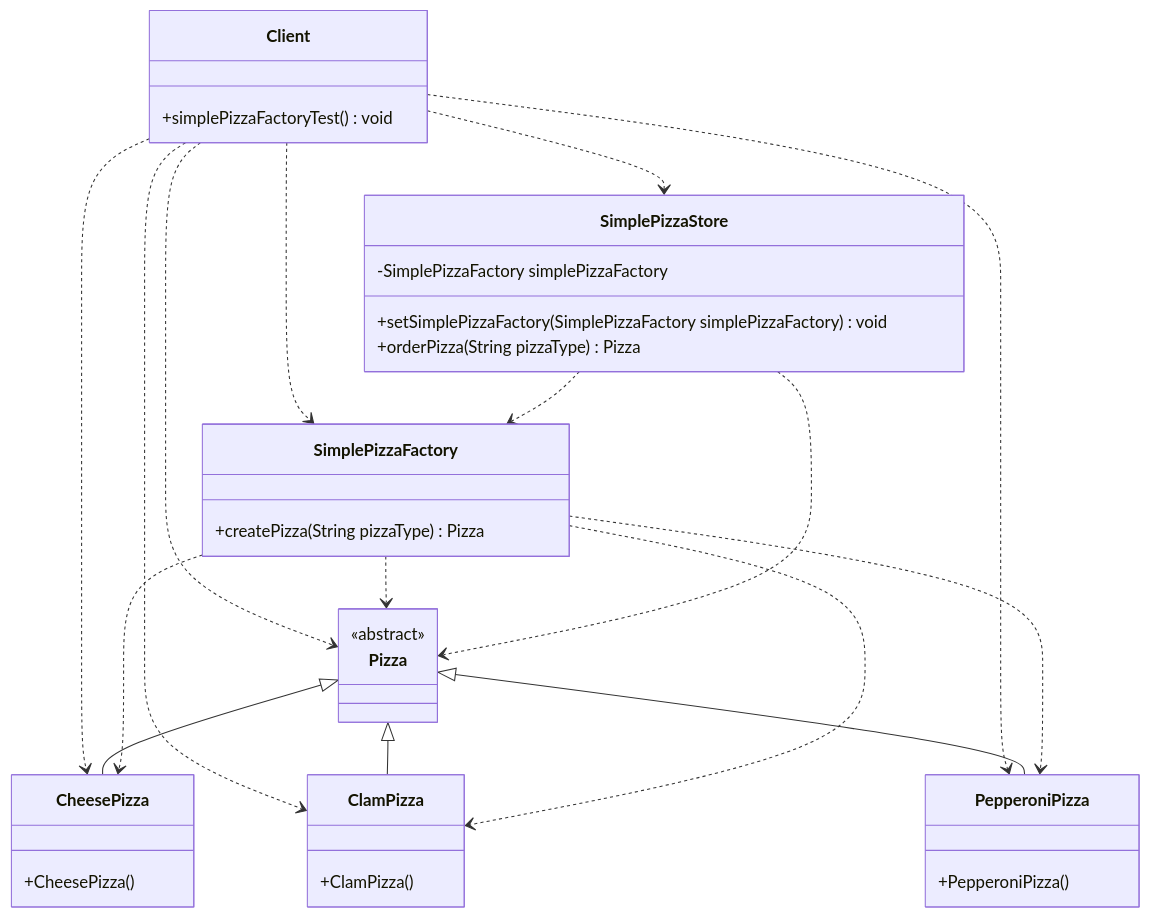
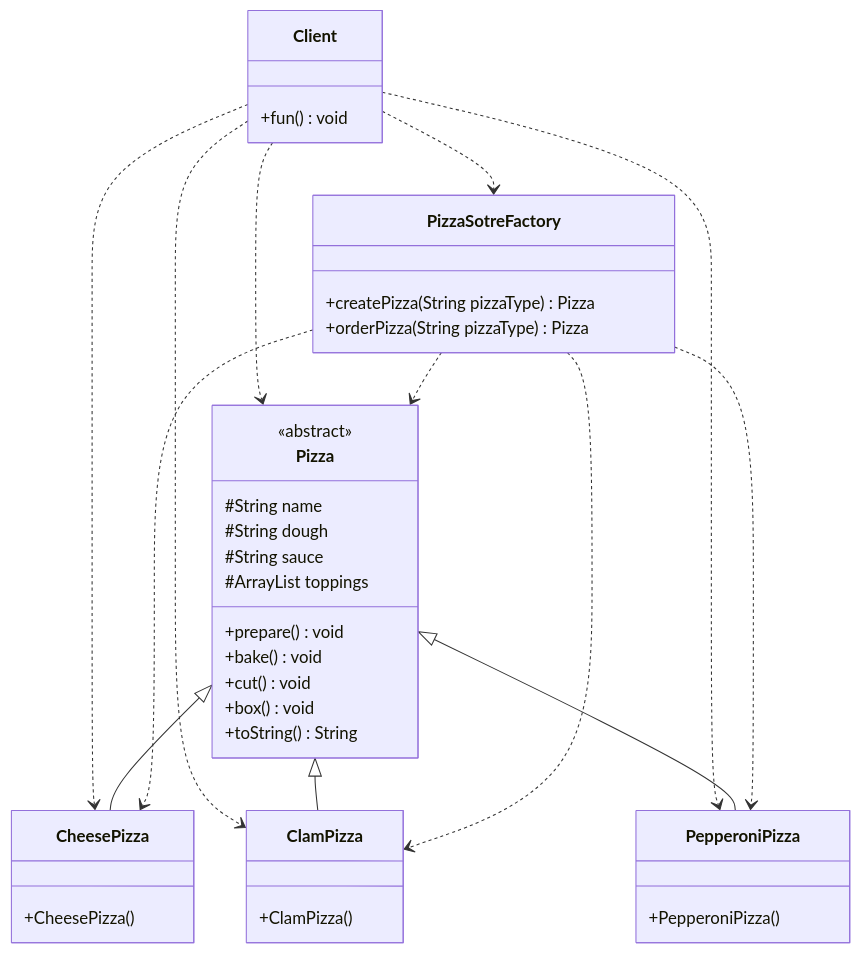
The third of 3 diagrams in docs/blogs/general/designpattern/designpattern-java/shardings/designpattern-java-chapter-5.创建型模式-简单工厂模式(Gof之外).md (lingwh1995/blog), drawn with Mermaid before and after one commit. The commit also changed other lines of this file and 259 other files, not shown here.

````diff
--- a/docs/blogs/general/designpattern/designpattern-java/shardings/designpattern-java-chapter-5.创建型模式-简单工厂模式(Gof之外).md
+++ b/docs/blogs/general/designpattern/designpattern-java/shardings/designpattern-java-chapter-5.创建型模式-简单工厂模式(Gof之外).md
@@ -75,39 +163,43 @@
 ```mermaid
 classDiagram
-    Client ..> SimplePizzaStore
-    Client ..> SimplePizzaFactory
+    Client ..> PizzaSotreFactory
     Client ..> Pizza
     Client ..> CheesePizza
     Client ..> ClamPizza
     Client ..> PepperoniPizza
     Pizza <|-- CheesePizza
     Pizza <|-- ClamPizza
     Pizza <|-- PepperoniPizza
-    SimplePizzaFactory ..> Pizza
-    SimplePizzaFactory ..> CheesePizza
-    SimplePizzaFactory ..> ClamPizza
-    SimplePizzaFactory ..> PepperoniPizza
-    SimplePizzaStore ..> Pizza
-    SimplePizzaStore ..> SimplePizzaFactory
+    PizzaSotreFactory ..> Pizza
+    PizzaSotreFactory ..> CheesePizza
+    PizzaSotreFactory ..> ClamPizza
+    PizzaSotreFactory ..> PepperoniPizza
+    class Pizza {
+        #String name
+	    #String dough
+	    #String sauce
+	    #ArrayList<String> toppings
+	    +prepare() void
+	    +bake() void
+	    +cut() void
+	    +box() void
+	    +toString() String
+    }
     class CheesePizza{
         +CheesePizza()
     }
     class ClamPizza{
         +ClamPizza()
     }
     class PepperoniPizza {
         +PepperoniPizza()
     }
-    class SimplePizzaFactory {
+    class PizzaSotreFactory {
         +createPizza(String pizzaType) Pizza
-    }
-    class SimplePizzaStore {
-        -SimplePizzaFactory simplePizzaFactory
-        +setSimplePizzaFactory(SimplePizzaFactory simplePizzaFactory) void
         +orderPizza(String pizzaType) Pizza
     }
     class Client {
-        +simplePizzaFactoryTest() void
+        +fun() void
     }
     <<abstract>> Pizza
 ```
````
